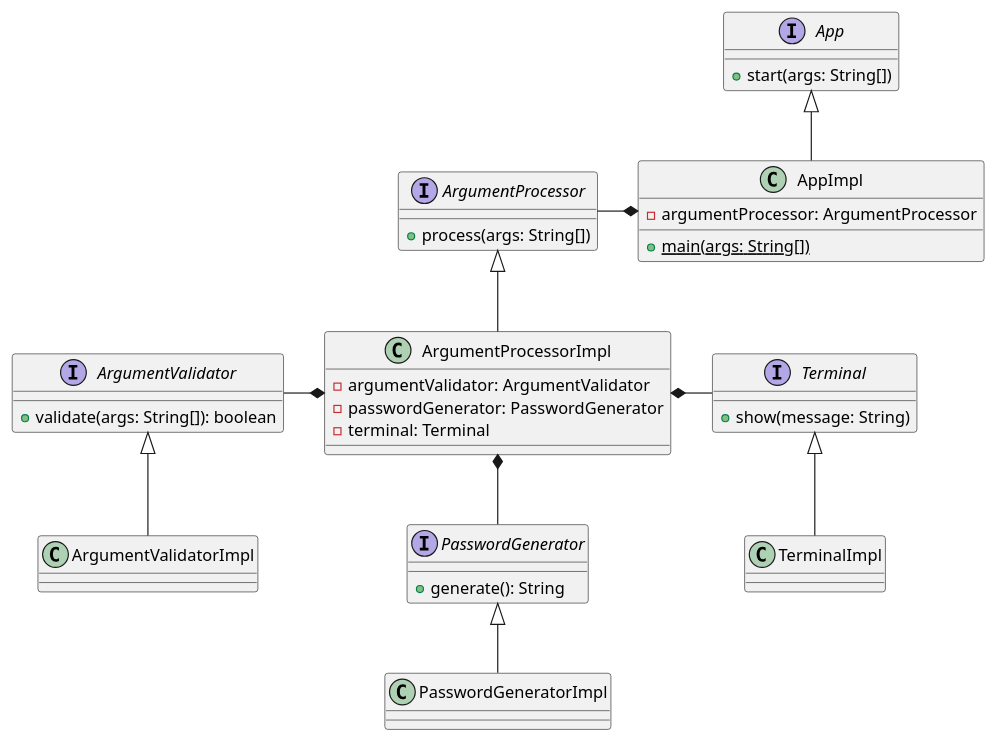
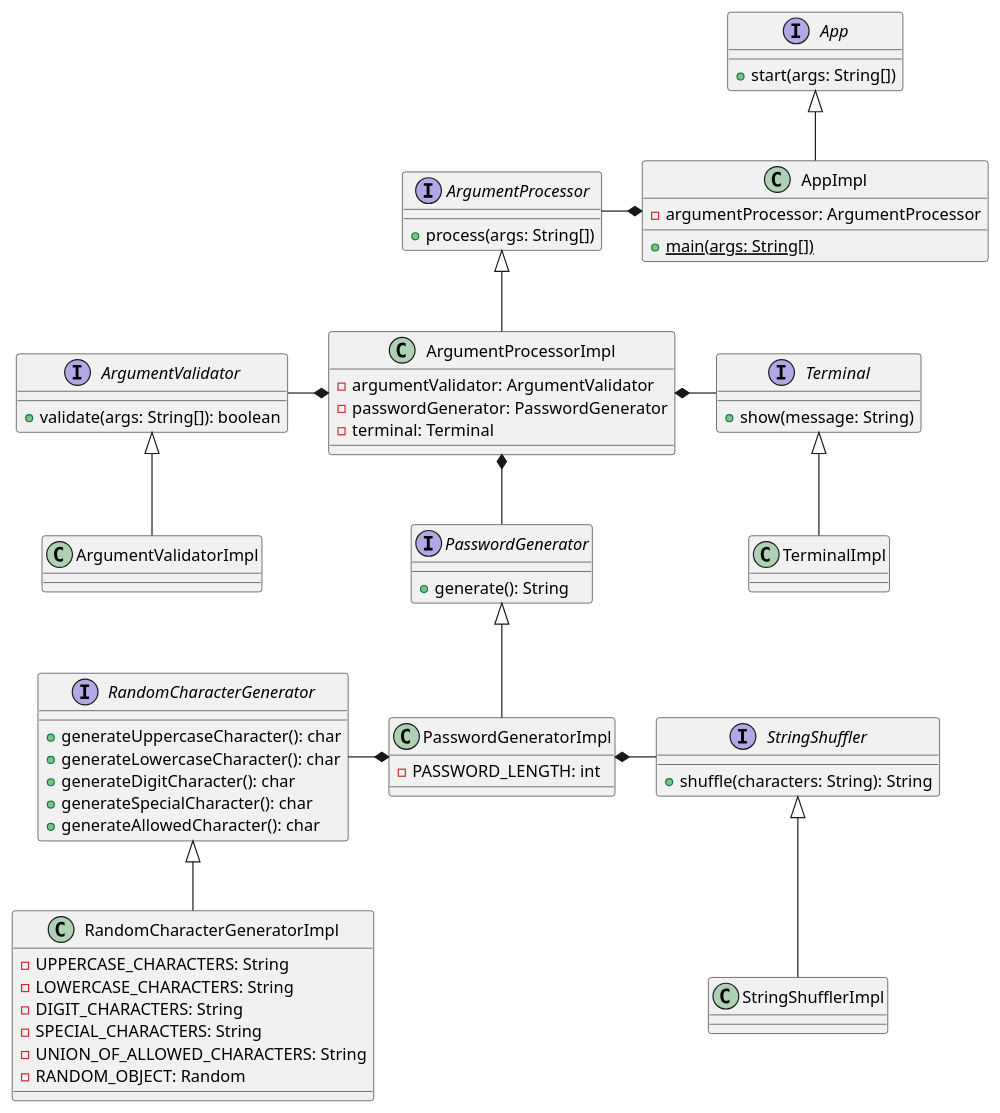
The diagram in diagrams/Class.puml (djvelimir/demo-java-cli), drawn with PlantUML before and after one commit. The commit also changed 10 other files, not shown here.

Commit message:
Added RandomCharacterGenerator and StringShuffler

```diff
--- a/diagrams/Class.puml
+++ b/diagrams/Class.puml
@@ -1,55 +1,85 @@
 @startuml
 'https://plantuml.com/class-diagram
 
 interface App {
     + start(args: String[])
 }
 
 class AppImpl {
     - argumentProcessor: ArgumentProcessor
     + {static} main(args: String[])
 }
 
 interface ArgumentValidator {
     + validate(args: String[]): boolean
 }
 
 class ArgumentValidatorImpl {
 }
 
 interface ArgumentProcessor {
     + process(args: String[])
 }
 
 class ArgumentProcessorImpl {
     - argumentValidator: ArgumentValidator
     - passwordGenerator: PasswordGenerator
     - terminal: Terminal
 }
 
 interface Terminal {
     + show(message: String)
 }
 
 class TerminalImpl {
 }
 
 interface PasswordGenerator {
     + generate(): String
 }
 
 class PasswordGeneratorImpl {
+    - PASSWORD_LENGTH: int
+}
+
+interface RandomCharacterGenerator {
+    + generateUppercaseCharacter(): char
+    + generateLowercaseCharacter(): char
+    + generateDigitCharacter(): char
+    + generateSpecialCharacter(): char
+    + generateAllowedCharacter(): char
+}
+
+class RandomCharacterGeneratorImpl {
+    - UPPERCASE_CHARACTERS: String
+    - LOWERCASE_CHARACTERS: String
+    - DIGIT_CHARACTERS: String
+    - SPECIAL_CHARACTERS: String
+    - UNION_OF_ALLOWED_CHARACTERS: String
+    - RANDOM_OBJECT: Random
+}
+
+interface StringShuffler {
+    + shuffle(characters: String): String
+}
+
+class StringShufflerImpl {
 }
 
 ArgumentValidator <|-- ArgumentValidatorImpl
 ArgumentProcessor <|-- ArgumentProcessorImpl
 Terminal <|-- TerminalImpl
 PasswordGenerator <|-- PasswordGeneratorImpl
+RandomCharacterGenerator <|-- RandomCharacterGeneratorImpl
+StringShuffler <|-- StringShufflerImpl
 App <|-- AppImpl
 
 AppImpl *--l ArgumentProcessor
 
 ArgumentProcessorImpl *--l ArgumentValidator
 ArgumentProcessorImpl *--d PasswordGenerator
 ArgumentProcessorImpl *--r Terminal
+
+PasswordGeneratorImpl *--l RandomCharacterGenerator
+PasswordGeneratorImpl *--r StringShuffler
 @enduml
```
